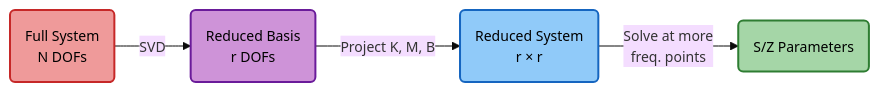
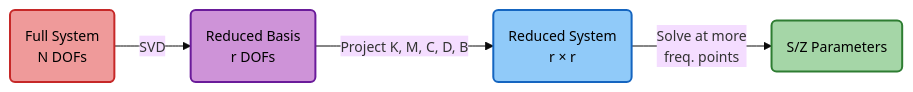
Before and after one commit to Dark-Elektron/cavsim3d: the first of 3 diagrams in docs/theory.md, drawn with Mermaid. The commit also changed other lines of this file and 187 other files, not shown here.

````diff
--- a/docs/theory.md
+++ b/docs/theory.md
@@ -637,11 +935,11 @@
 ```mermaid
 %%{init: {'theme': 'base', 'themeVariables': {'fontSize': '14px'}}}%%
 graph LR
     A("Full System<br/>N DOFs"):::full -->|"SVD"| B("Reduced Basis<br/>r DOFs"):::basis
-    B -->|"Project K, M, B"| C("Reduced System<br/>r × r"):::reduced
+    B -->|"Project K, M, C, D, B"| C("Reduced System<br/>r × r"):::reduced
     C -->|"Solve at more<br/>freq. points"| D("S/Z Parameters"):::result
     classDef full fill:#ef9a9a,stroke:#c62828,stroke-width:2px,color:#000
     classDef basis fill:#ce93d8,stroke:#6a1b9a,stroke-width:2px,color:#000
     classDef reduced fill:#90caf9,stroke:#1565c0,stroke-width:2px,color:#000
     classDef result fill:#a5d6a7,stroke:#2e7d32,stroke-width:2px,color:#000
 ```
````
